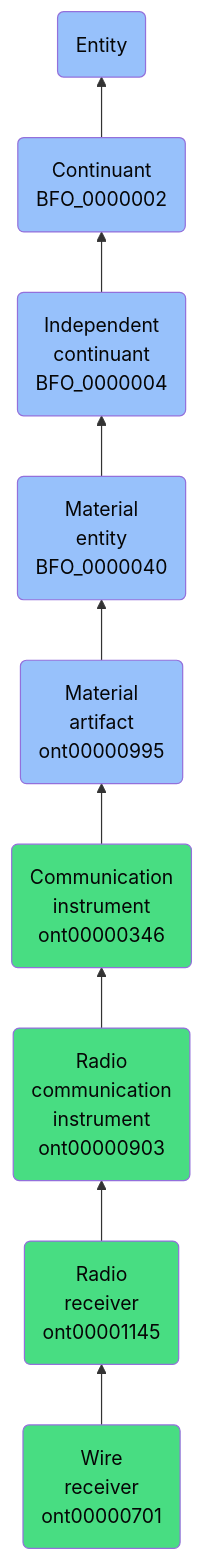
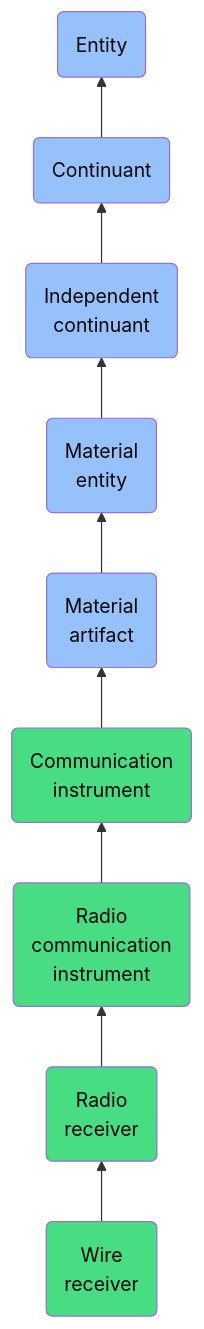
One commit to jupyter-naas/abi changed the diagram in docs/ontology/reference/model/Entity/Continuant/Independent continuant/Material entity/Material artifact/Communication instrument/Radio communication instrument/Radio receiver/Wire receiver/Wire receiver.md. Above: the diagram before and after it, drawn with Mermaid. The commit also changed other lines of this file and 1430 other files, not shown here.

````diff
--- a/docs/ontology/reference/model/Entity/Continuant/Independent continuant/Material entity/Material artifact/Communication instrument/Radio communication instrument/Radio receiver/Wire receiver/Wire receiver.md
+++ b/docs/ontology/reference/model/Entity/Continuant/Independent continuant/Material entity/Material artifact/Communication instrument/Radio communication instrument/Radio receiver/Wire receiver/Wire receiver.md
@@ -24,16 +24,16 @@
 ```mermaid
 graph BT
-    ont00000701(Wire<br>receiver<br>ont00000701):::ABI-->ont00001145
-    ont00001145(Radio<br>receiver<br>ont00001145):::ABI-->ont00000903
-    ont00000903(Radio<br>communication<br>instrument<br>ont00000903):::ABI-->ont00000346
-    ont00000346(Communication<br>instrument<br>ont00000346):::ABI-->ont00000995
-    ont00000995(Material<br>artifact<br>ont00000995):::BFO-->BFO_0000040
-    BFO_0000040(Material<br>entity<br>BFO_0000040):::BFO-->BFO_0000004
-    BFO_0000004(Independent<br>continuant<br>BFO_0000004):::BFO-->BFO_0000002
-    BFO_0000002(Continuant<br>BFO_0000002):::BFO-->BFO_0000001
+    ont00000701(Wire<br>receiver):::ABI-->ont00001145
+    ont00001145(Radio<br>receiver):::ABI-->ont00000903
+    ont00000903(Radio<br>communication<br>instrument):::ABI-->ont00000346
+    ont00000346(Communication<br>instrument):::ABI-->ont00000995
+    ont00000995(Material<br>artifact):::BFO-->BFO_0000040
+    BFO_0000040(Material<br>entity):::BFO-->BFO_0000004
+    BFO_0000004(Independent<br>continuant):::BFO-->BFO_0000002
+    BFO_0000002(Continuant):::BFO-->BFO_0000001
     BFO_0000001(Entity):::BFO
     
     classDef BFO fill:#97c1fb,color:#060606
     classDef CCO fill:#e4c51e,color:#060606
     classDef ABI fill:#48DD82,color:#060606
 ```
````
